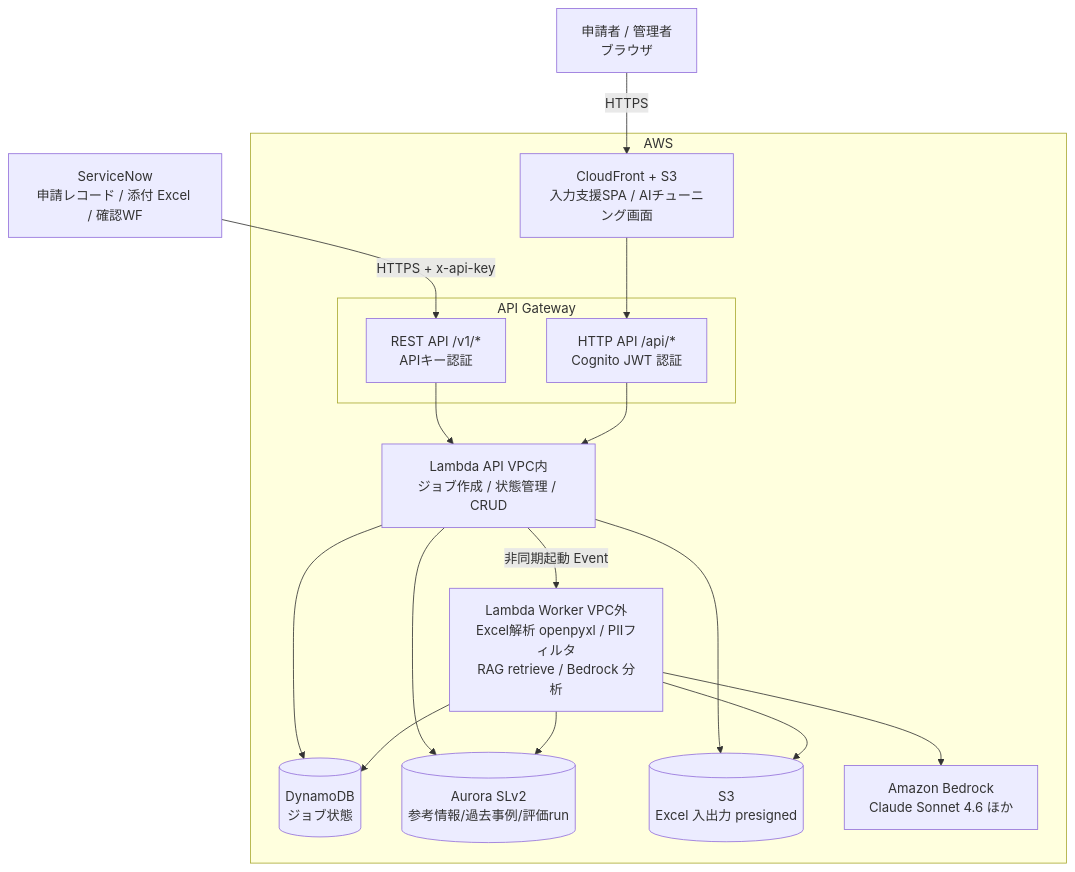
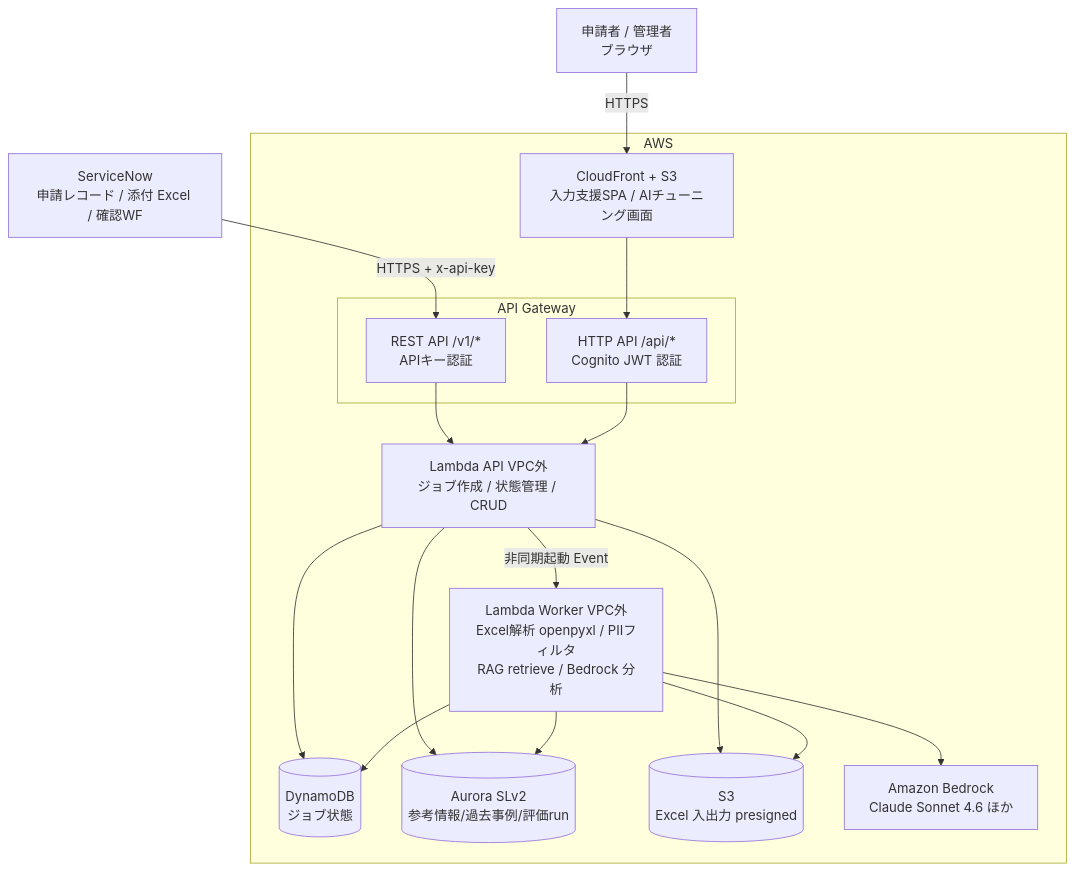
The third of 6 diagrams in doc/design/system-overview.md (suepie/aws-rag-poc), drawn with Mermaid before and after one commit. The commit also changed 34 other files, not shown here.

````diff
--- a/doc/design/system-overview.md
+++ b/doc/design/system-overview.md
@@ -50,36 +50,36 @@
 ```mermaid
 flowchart TB
     SN[ServiceNow<br/>申請レコード / 添付 Excel / 確認WF]
     USER[申請者 / 管理者<br/>ブラウザ]
 
     SN -->|HTTPS + x-api-key| GWR
     USER -->|HTTPS| CF
 
     subgraph AWS
         subgraph APIGW[API Gateway]
             GWR[REST API /v1/*<br/>APIキー認証]
             GWH[HTTP API /api/*<br/>Cognito JWT 認証]
         end
         CF[CloudFront + S3<br/>入力支援SPA / AIチューニング画面]
         CF --> GWH
 
-        APILAMBDA[Lambda API VPC内<br/>ジョブ作成 / 状態管理 / CRUD]
+        APILAMBDA[Lambda API VPC外<br/>ジョブ作成 / 状態管理 / CRUD]
         GWR --> APILAMBDA
         GWH --> APILAMBDA
 
         DDB[(DynamoDB<br/>ジョブ状態)]
         AUR[(Aurora SLv2<br/>参考情報/過去事例/評価run)]
         S3X[(S3<br/>Excel 入出力 presigned)]
         APILAMBDA --> DDB
         APILAMBDA --> AUR
         APILAMBDA --> S3X
 
         WORKER[Lambda Worker VPC外<br/>Excel解析 openpyxl / PIIフィルタ<br/>RAG retrieve / Bedrock 分析]
         APILAMBDA -->|非同期起動 Event| WORKER
         WORKER --> S3X
         WORKER --> DDB
         WORKER --> AUR
         BR[Amazon Bedrock<br/>Claude Sonnet 4.6 ほか]
         WORKER --> BR
     end
 ```
````
